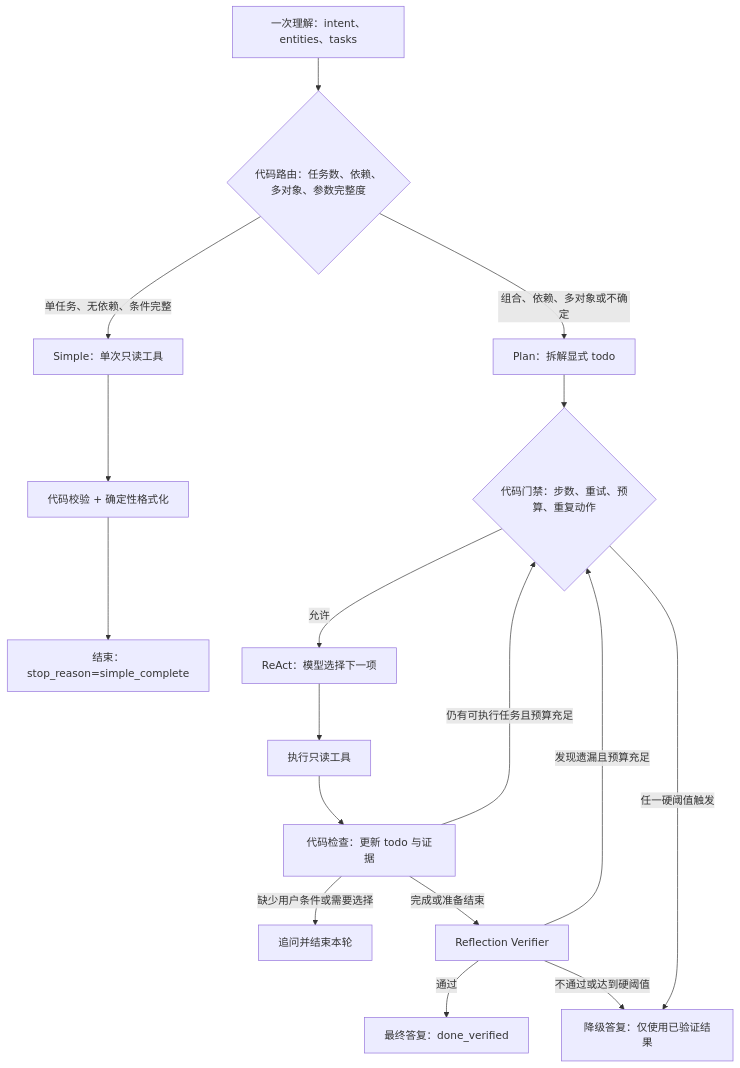
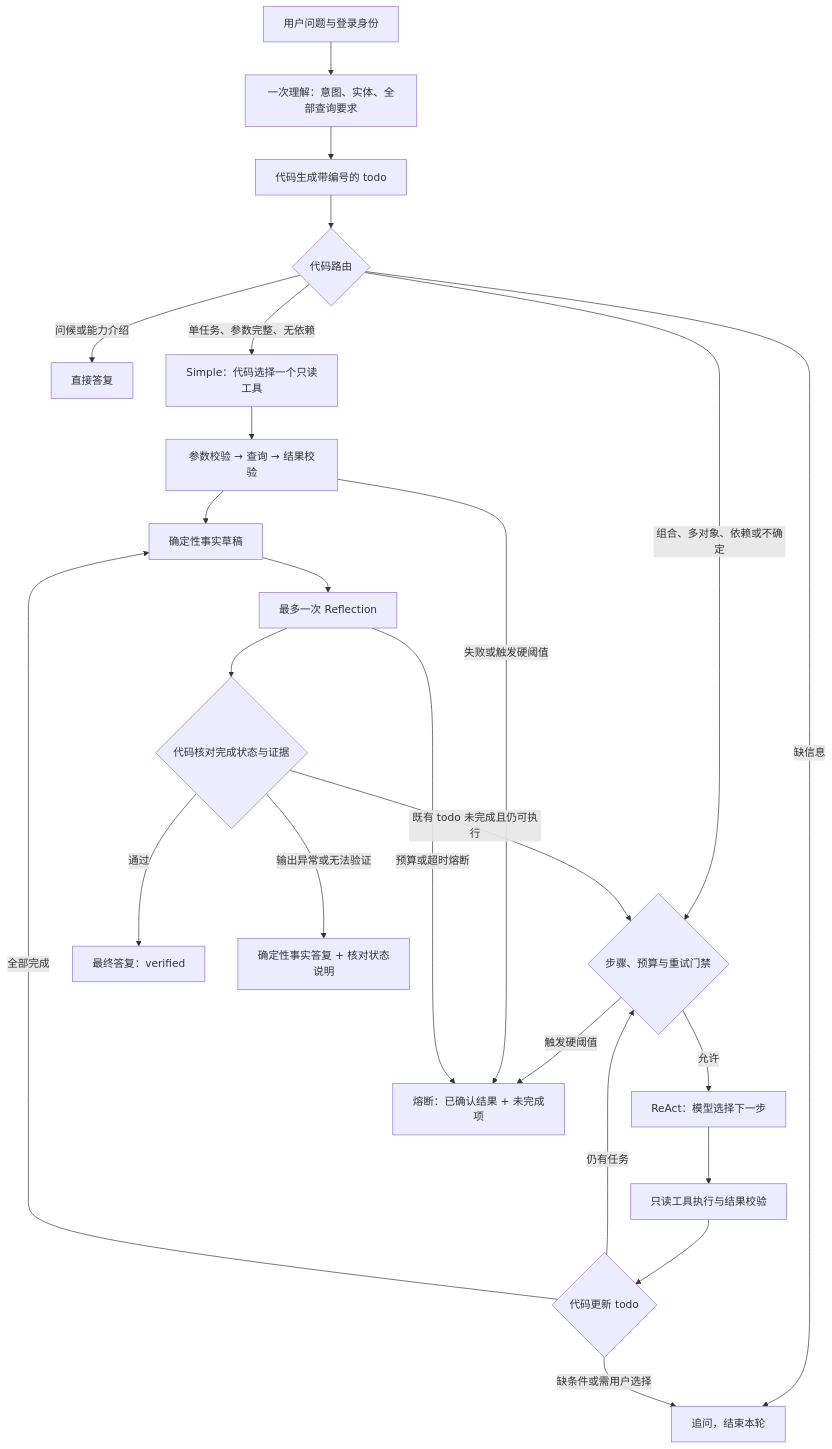
The diagram in docs/react-reflection-circuit-breaker-guide.md (roxy1103200/AI-Project), drawn with Mermaid before and after one commit. The commit also changed other lines of this file and 61 other files, not shown here.

````diff
--- a/docs/react-reflection-circuit-breaker-guide.md
+++ b/docs/react-reflection-circuit-breaker-guide.md
@@ -43,19 +8,26 @@
 ```mermaid
 flowchart TD
-    A[一次理解：intent、entities、tasks] --> B{代码路由：任务数、依赖、多对象、参数完整度}
-    B -->|单任务、无依赖、条件完整| S1[Simple：单次只读工具]
-    S1 --> S2[代码校验 + 确定性格式化]
-    S2 --> S3[结束：stop_reason=simple_complete]
-    B -->|组合、依赖、多对象或不确定| C[Plan：拆解显式 todo]
-    C --> D{代码门禁：步数、重试、预算、重复动作}
-    D -->|允许| E[ReAct：模型选择下一项]
-    E --> F[执行只读工具]
-    F --> G[代码检查：更新 todo 与证据]
-    G -->|仍有可执行任务且预算充足| D
-    G -->|缺少用户条件或需要选择| H[追问并结束本轮]
-    G -->|完成或准备结束| I[Reflection Verifier]
-    I -->|通过| J[最终答复：done_verified]
-    I -->|发现遗漏且预算充足| D
-    I -->|不通过或达到硬阈值| K[降级答复：仅使用已验证结果]
-    D -->|任一硬阈值触发| K
+    A[用户问题与登录身份] --> B[一次理解：意图、实体、全部查询要求]
+    B --> C[代码生成带编号的 todo]
+    C --> R{代码路由}
+    R -->|缺信息| Q[追问，结束本轮]
+    R -->|问候或能力介绍| H[直接答复]
+    R -->|单任务、参数完整、无依赖| S[Simple：代码选择一个只读工具]
+    S --> T[参数校验 → 查询 → 结果校验]
+    T --> F[确定性事实草稿]
+    R -->|组合、多对象、依赖或不确定| P{步骤、预算与重试门禁}
+    P -->|允许| D[ReAct：模型选择下一步]
+    D --> E[只读工具执行与结果校验]
+    E --> G{代码更新 todo}
+    G -->|仍有任务| P
+    G -->|缺条件或需用户选择| Q
+    G -->|全部完成| F
+    F --> V[最多一次 Reflection]
+    V --> K{代码核对完成状态与证据}
+    K -->|通过| O[最终答复：verified]
+    K -->|既有 todo 未完成且仍可执行| P
+    K -->|输出异常或无法验证| W[确定性事实答复 + 核对状态说明]
+    P -->|触发硬阈值| X[熔断：已确认结果 + 未完成项]
+    T -->|失败或触发硬阈值| X
+    V -->|预算或超时熔断| X
 ```
````
